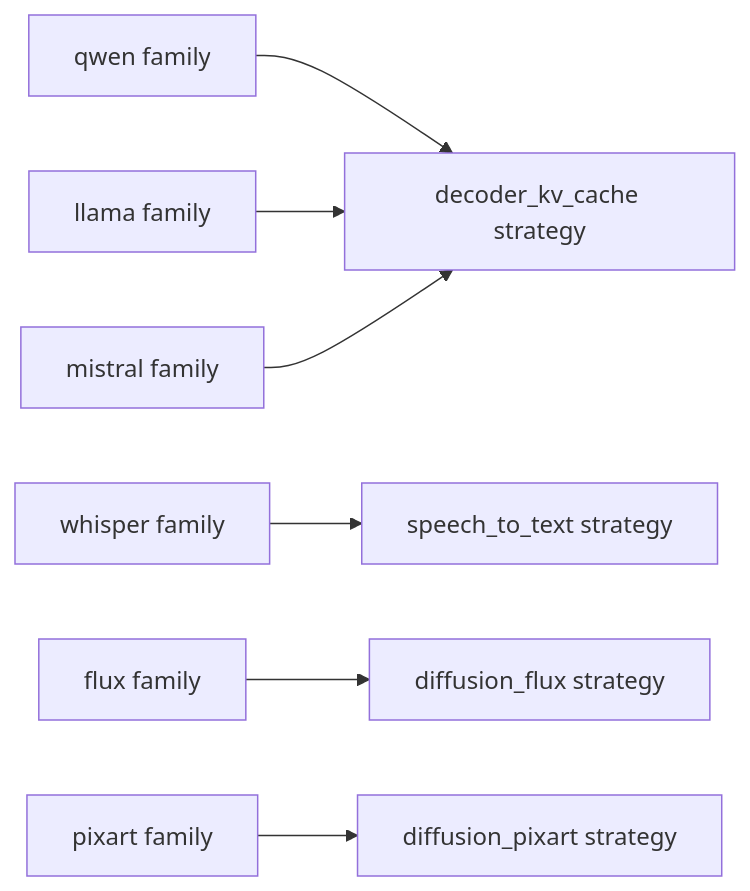
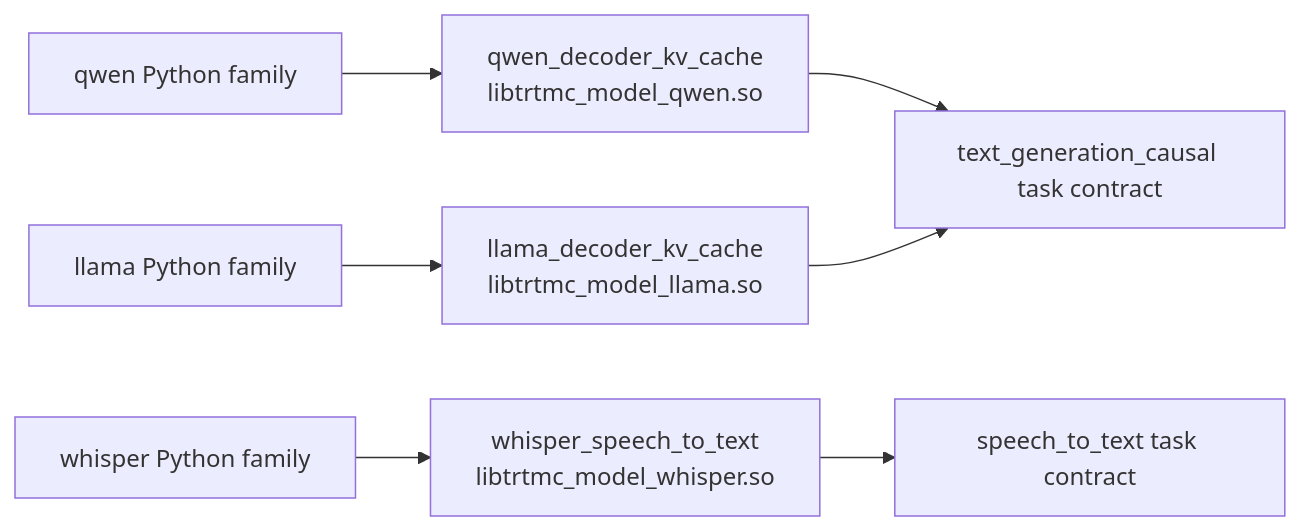
The fifth of 5 diagrams in website/docs/getting-started/inference-fundamentals.md (AbishekCoder1/TensorRT-Model-Connect), drawn with Mermaid before and after one commit. The commit also changed other lines of this file and 83 other files, not shown here.

````diff
--- a/website/docs/getting-started/inference-fundamentals.md
+++ b/website/docs/getting-started/inference-fundamentals.md
@@ -180,9 +187,9 @@
 ```mermaid
 flowchart LR
-  Qwen["qwen family"] --> Decoder["decoder_kv_cache strategy"]
-  Llama["llama family"] --> Decoder
-  Mistral["mistral family"] --> Decoder
-  Whisper["whisper family"] --> STT["speech_to_text strategy"]
-  Flux["flux family"] --> Diff["diffusion_flux strategy"]
-  PixArt["pixart family"] --> Pix["diffusion_pixart strategy"]
+  QwenFamily["qwen Python family"] --> QwenRuntime["qwen_decoder_kv_cache<br/>libtrtmc_model_qwen.so"]
+  LlamaFamily["llama Python family"] --> LlamaRuntime["llama_decoder_kv_cache<br/>libtrtmc_model_llama.so"]
+  QwenRuntime --> TextTask["text_generation_causal task contract"]
+  LlamaRuntime --> TextTask
+  WhisperFamily["whisper Python family"] --> WhisperRuntime["whisper_speech_to_text<br/>libtrtmc_model_whisper.so"]
+  WhisperRuntime --> SpeechTask["speech_to_text task contract"]
 ```
````
